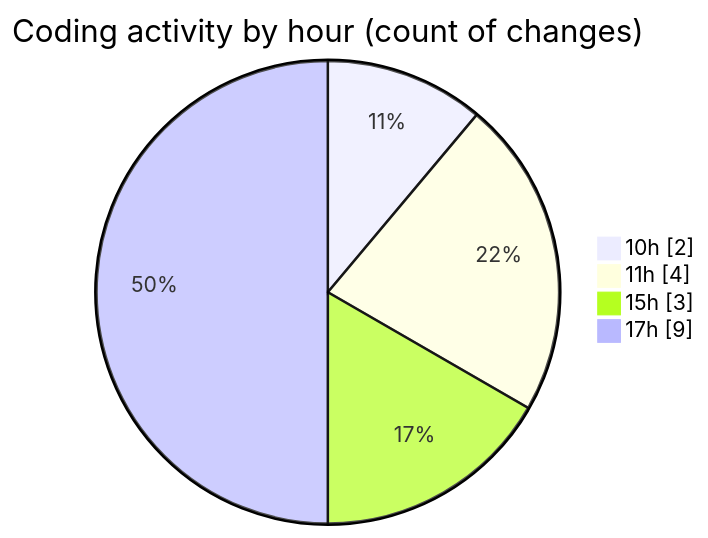
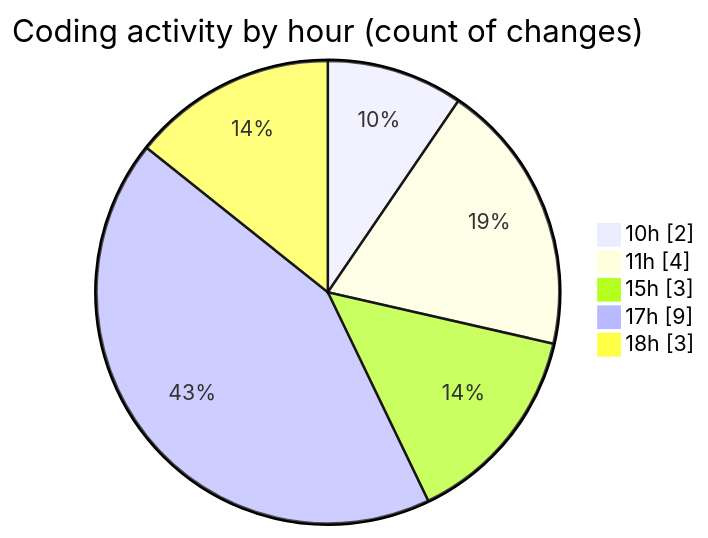
One commit to momahboobian/code-tracking changed the second of 2 diagrams in 2026-09-21/cda/README.md. Above: the diagram before and after it, drawn with Mermaid. The commit also changed other lines of this file and 1 other file, not shown here.

````diff
--- a/2026-09-21/cda/README.md
+++ b/2026-09-21/cda/README.md
@@ -44,8 +45,9 @@
 ```mermaid
 pie showData
 title Coding activity by hour (count of changes)
 "10h" : 2
 "11h" : 4
 "15h" : 3
 "17h" : 9
+"18h" : 3
 ```
````
